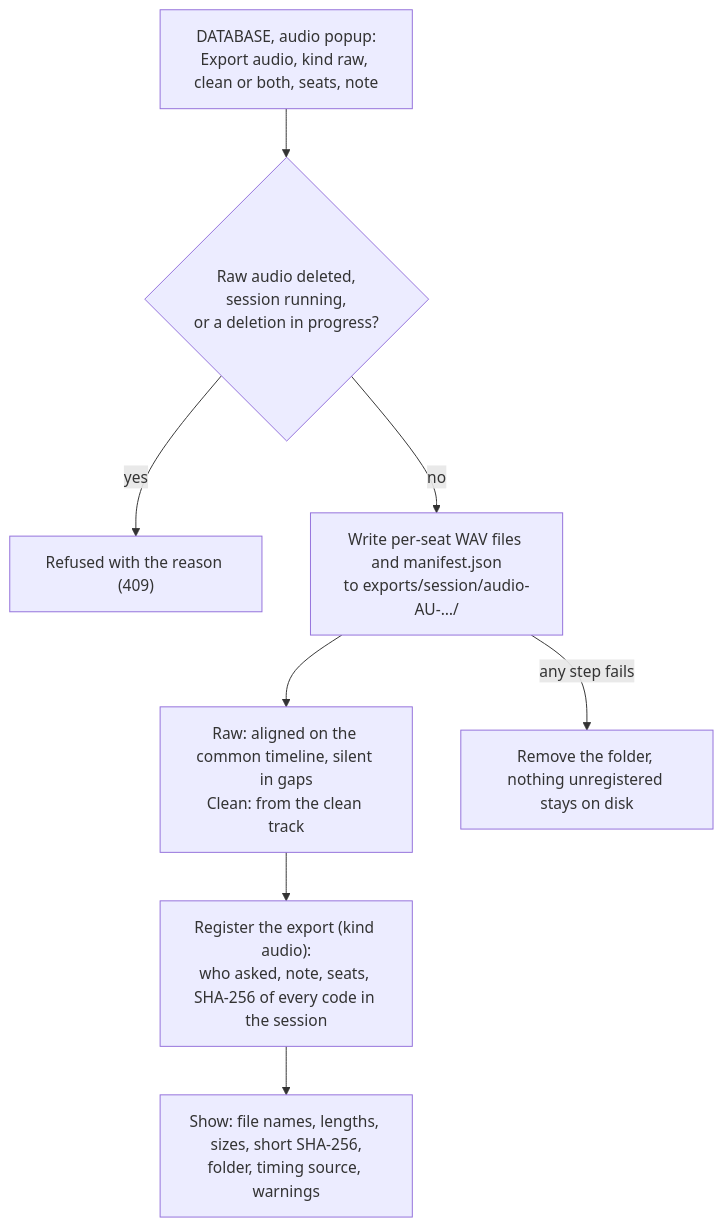
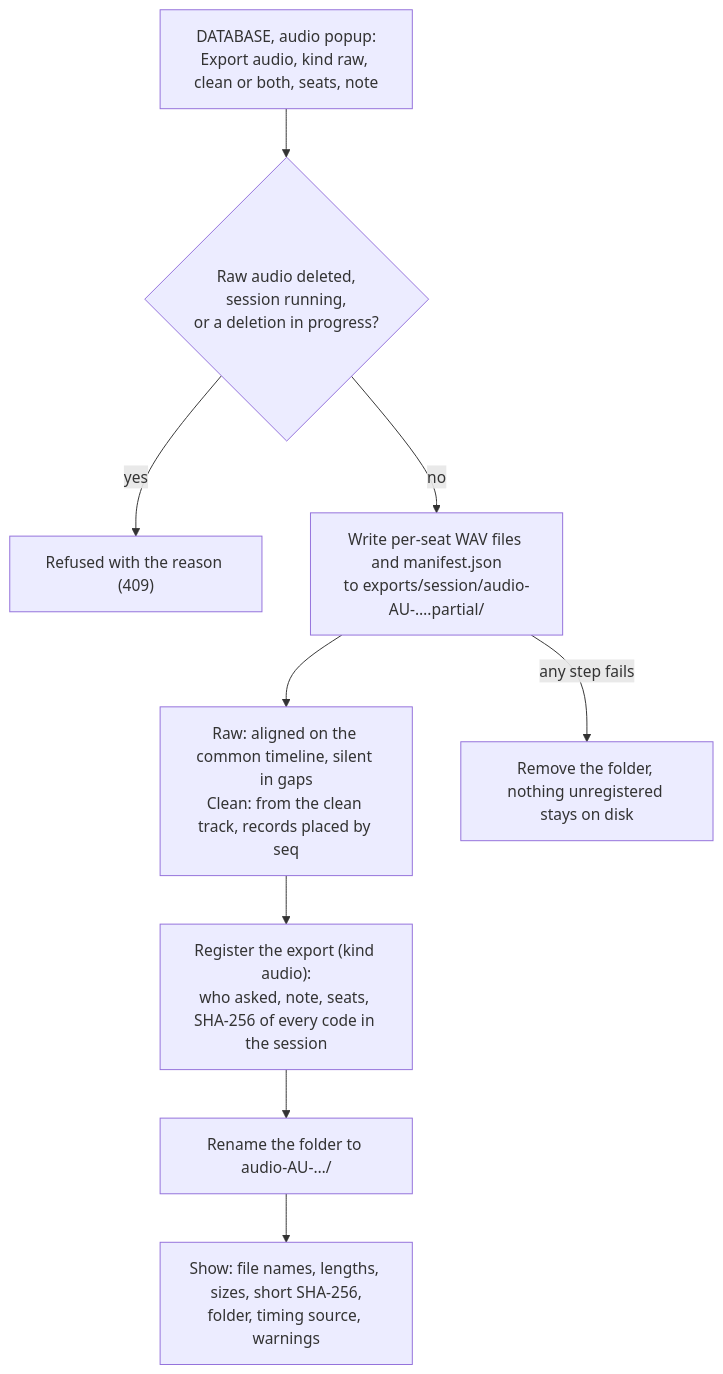
Before and after one commit to xy-zak/WhoKnowsWhoActs: the tenth of 11 diagrams in docs/AUDIO.md, drawn with Mermaid. The commit also changed other lines of this file and 16 other files, not shown here.

````diff
--- a/docs/AUDIO.md
+++ b/docs/AUDIO.md
@@ -462,10 +476,11 @@
 ```mermaid
 flowchart TD
   A["DATABASE, audio popup:<br/>Export audio, kind raw, clean or both, seats, note"] --> B{"Raw audio deleted,<br/>session running,<br/>or a deletion in progress?"}
   B -->|"yes"| X["Refused with the reason (409)"]
-  B -->|"no"| C["Write per-seat WAV files and manifest.json<br/>to exports/session/audio-AU-…/"]
-  C --> D["Raw: aligned on the common timeline, silent in gaps<br/>Clean: from the clean track"]
+  B -->|"no"| C["Write per-seat WAV files and manifest.json<br/>to exports/session/audio-AU-….partial/"]
+  C --> D["Raw: aligned on the common timeline, silent in gaps<br/>Clean: from the clean track, records placed by seq"]
   D --> E["Register the export (kind audio):<br/>who asked, note, seats, SHA-256 of every code in the session"]
-  E --> F["Show: file names, lengths, sizes, short SHA-256,<br/>folder, timing source, warnings"]
+  E --> R["Rename the folder to audio-AU-…/"]
+  R --> F["Show: file names, lengths, sizes, short SHA-256,<br/>folder, timing source, warnings"]
   C -->|"any step fails"| G["Remove the folder, nothing unregistered stays on disk"]
 ```
````
